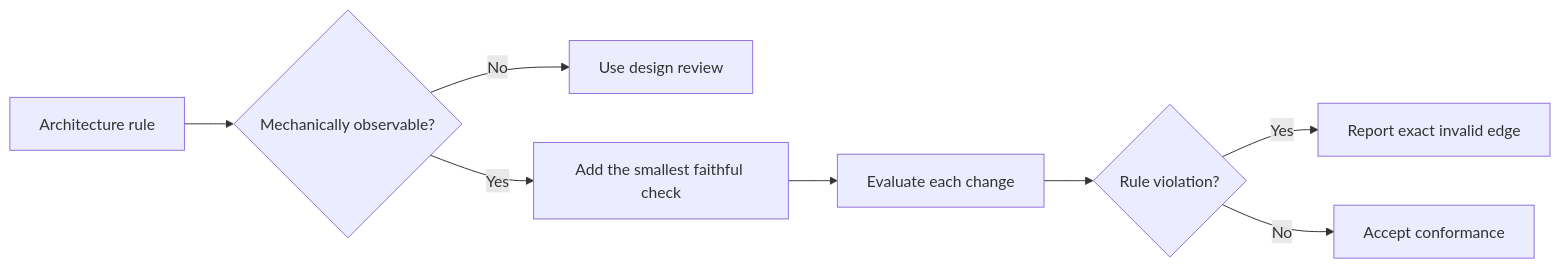
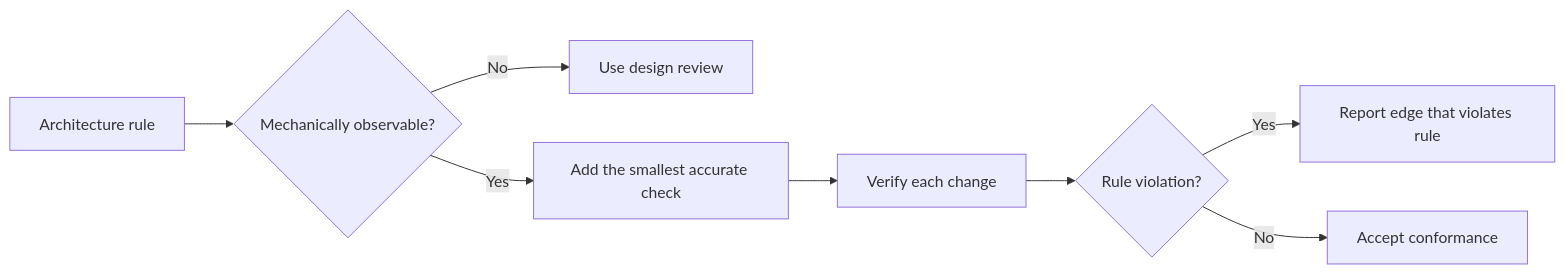
The diagram in docs/principles/details/p020-executable-architecture.md (HomericIntelligence/Athena), drawn with Mermaid before and after one commit. The commit also changed other lines of this file and 91 other files, not shown here.

````diff
--- a/docs/principles/details/p020-executable-architecture.md
+++ b/docs/principles/details/p020-executable-architecture.md
@@ -38,10 +38,10 @@
 ```mermaid
 flowchart LR
     Rule["Architecture rule"] --> Observable{"Mechanically observable?"}
     Observable -->|No| Review["Use design review"]
-    Observable -->|Yes| Check["Add the smallest faithful check"]
-    Check --> Change["Evaluate each change"]
+    Observable -->|Yes| Check["Add the smallest accurate check"]
+    Check --> Change["Verify each change"]
     Change --> Drift{"Rule violation?"}
-    Drift -->|Yes| Reject["Report exact invalid edge"]
+    Drift -->|Yes| Reject["Report edge that violates rule"]
     Drift -->|No| Accept["Accept conformance"]
 ```
````
